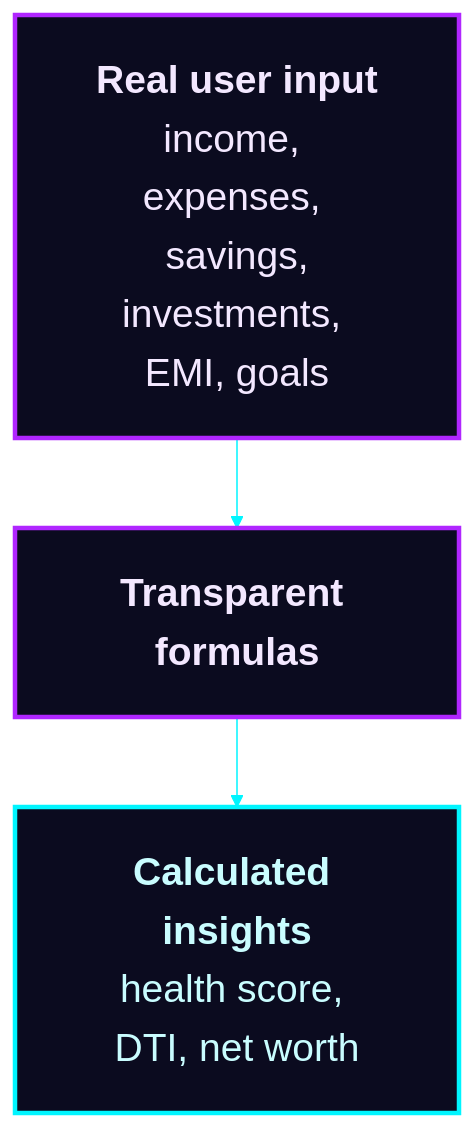
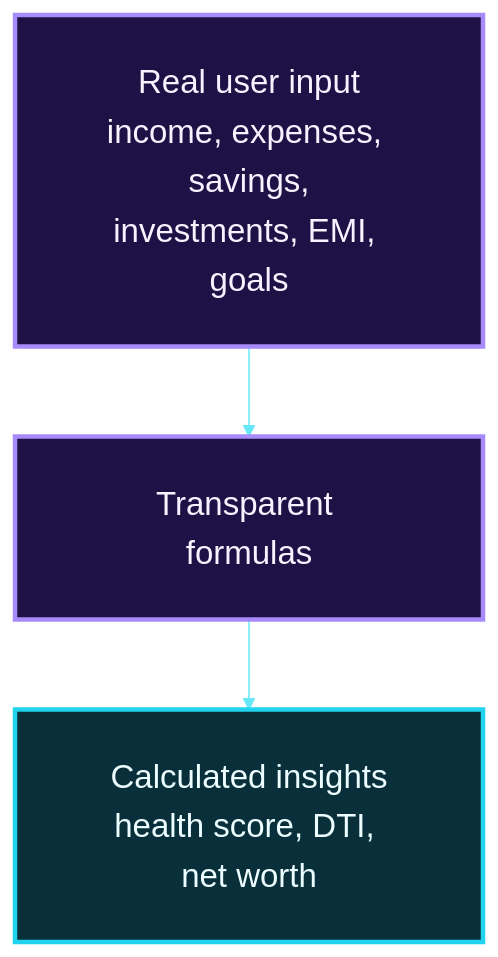
One commit to Mansi232323/MANSHORA changed the fifth of 13 diagrams in README.md. Above: the diagram before and after it, drawn with Mermaid. The commit also changed other lines of this file, not shown here.

````diff
--- a/README.md
+++ b/README.md
@@ -200,12 +205,12 @@
 ```mermaid
-%%{init: {'theme':'base','themeVariables':{'fontSize':'26px','lineColor':'#00f5ff','clusterBkg':'#0b0b1f','clusterBorder':'#ff00e5','titleColor':'#ff00e5','edgeLabelBackground':'#0b0b1f'},'flowchart':{'nodeSpacing':50,'rankSpacing':60,'padding':24,'htmlLabels':true}}}%%
+%%{init: {'theme':'base','themeVariables':{'fontSize':'22px','fontFamily':'Arial, Helvetica, sans-serif','lineColor':'#67e8f9','clusterBkg':'#0f0f2b','clusterBorder':'#a78bfa','titleColor':'#e9d5ff','edgeLabelBackground':'#0f0f2b'},'flowchart':{'nodeSpacing':45,'rankSpacing':60,'padding':28,'htmlLabels':false,'useMaxWidth':true}}}%%
 flowchart TB
-    I["<b>Real user input</b><br/>income, expenses, savings,<br/>investments, EMI, goals"]
-    K["<b>Transparent formulas</b>"]
-    O["<b>Calculated insights</b><br/>health score, DTI, net worth"]
+    I["Real user input<br/>income, expenses, savings,<br/>investments, EMI, goals"]
+    K["Transparent formulas"]
+    O["Calculated insights<br/>health score, DTI, net worth"]
     I --> K --> O
-    classDef flow fill:#0b0b1f,stroke:#b026ff,stroke-width:3px,color:#f3e8ff
-    classDef out fill:#0b0b1f,stroke:#00f5ff,stroke-width:3px,color:#c9fdff
+    classDef flow fill:#1e1145,stroke:#a78bfa,stroke-width:3px,color:#f5f3ff
+    classDef out fill:#082f3a,stroke:#22d3ee,stroke-width:3px,color:#ecfeff
     class I,K flow
     class O out
 ```
````
